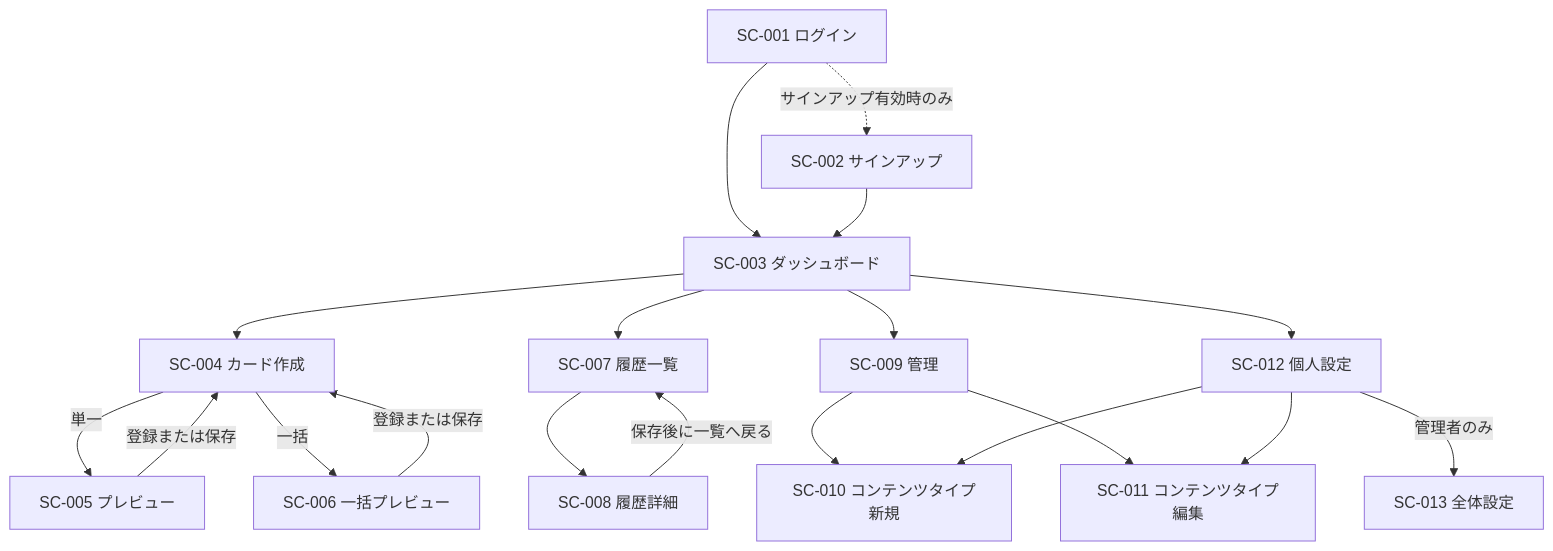
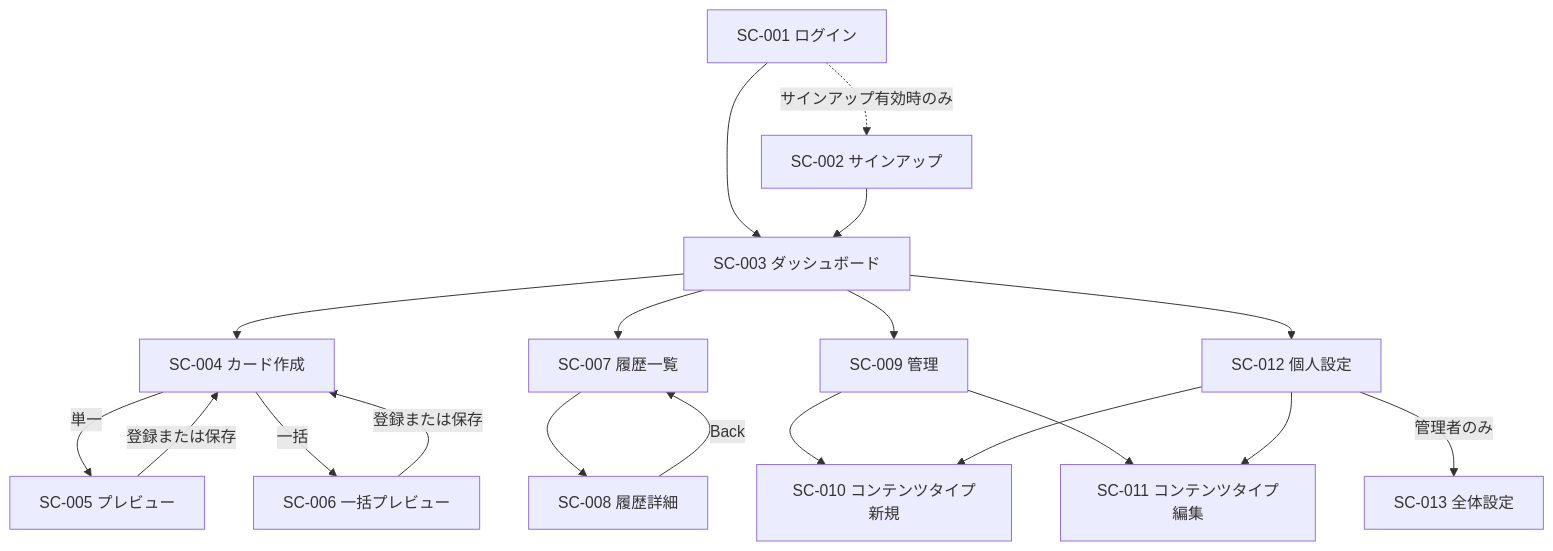
The first of 2 diagrams in docs/02-design/SCREENS.md (quyen-doth/ankiflow), drawn with Mermaid before and after one commit. The commit also changed other lines of this file and 12 other files, not shown here.

````diff
--- a/docs/02-design/SCREENS.md
+++ b/docs/02-design/SCREENS.md
@@ -65,27 +65,27 @@
 ```mermaid
 graph TD
     Login[SC-001 ログイン] --> Dashboard[SC-003 ダッシュボード]
     Signup[SC-002 サインアップ] --> Dashboard
     Login -.->|サインアップ有効時のみ| Signup
 
     Dashboard --> Create[SC-004 カード作成]
     Dashboard --> History[SC-007 履歴一覧]
 
     Create -->|単一| Preview[SC-005 プレビュー]
     Create -->|一括| BatchPreview[SC-006 一括プレビュー]
 
     Preview -->|登録または保存| Create
     BatchPreview -->|登録または保存| Create
 
     History --> Detail[SC-008 履歴詳細]
-    Detail -->|保存後に一覧へ戻る| History
+    Detail -->|Back| History
 
     Dashboard --> Admin[SC-009 管理]
     Admin --> CTNew[SC-010 コンテンツタイプ新規]
     Admin --> CTEdit[SC-011 コンテンツタイプ編集]
 
     Dashboard --> Settings[SC-012 個人設定]
     Settings --> CTNew
     Settings --> CTEdit
     Settings -->|管理者のみ| AdminSettings[SC-013 全体設定]
 ```
````
